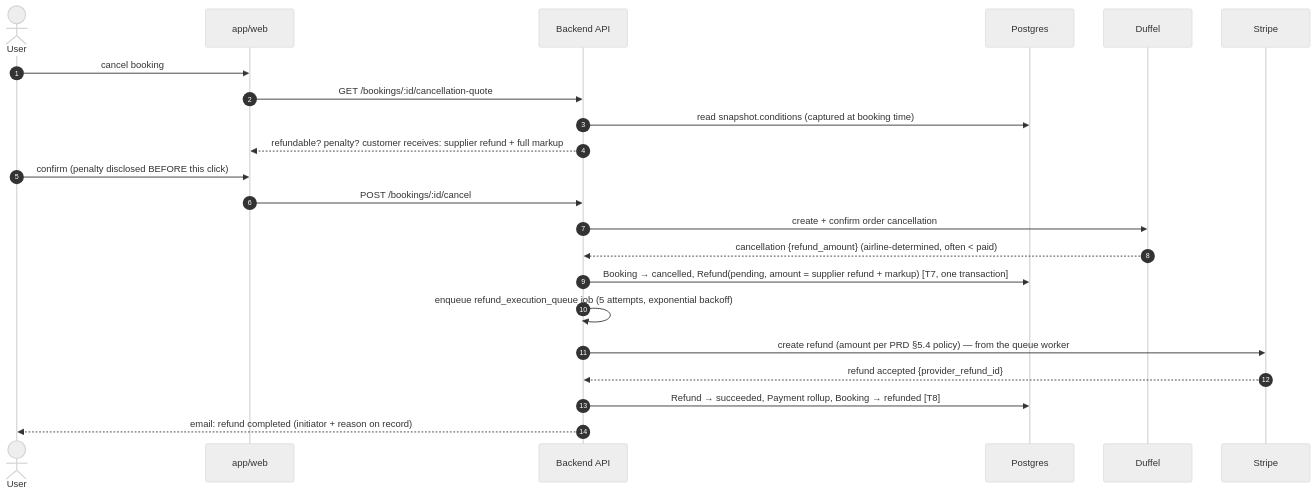
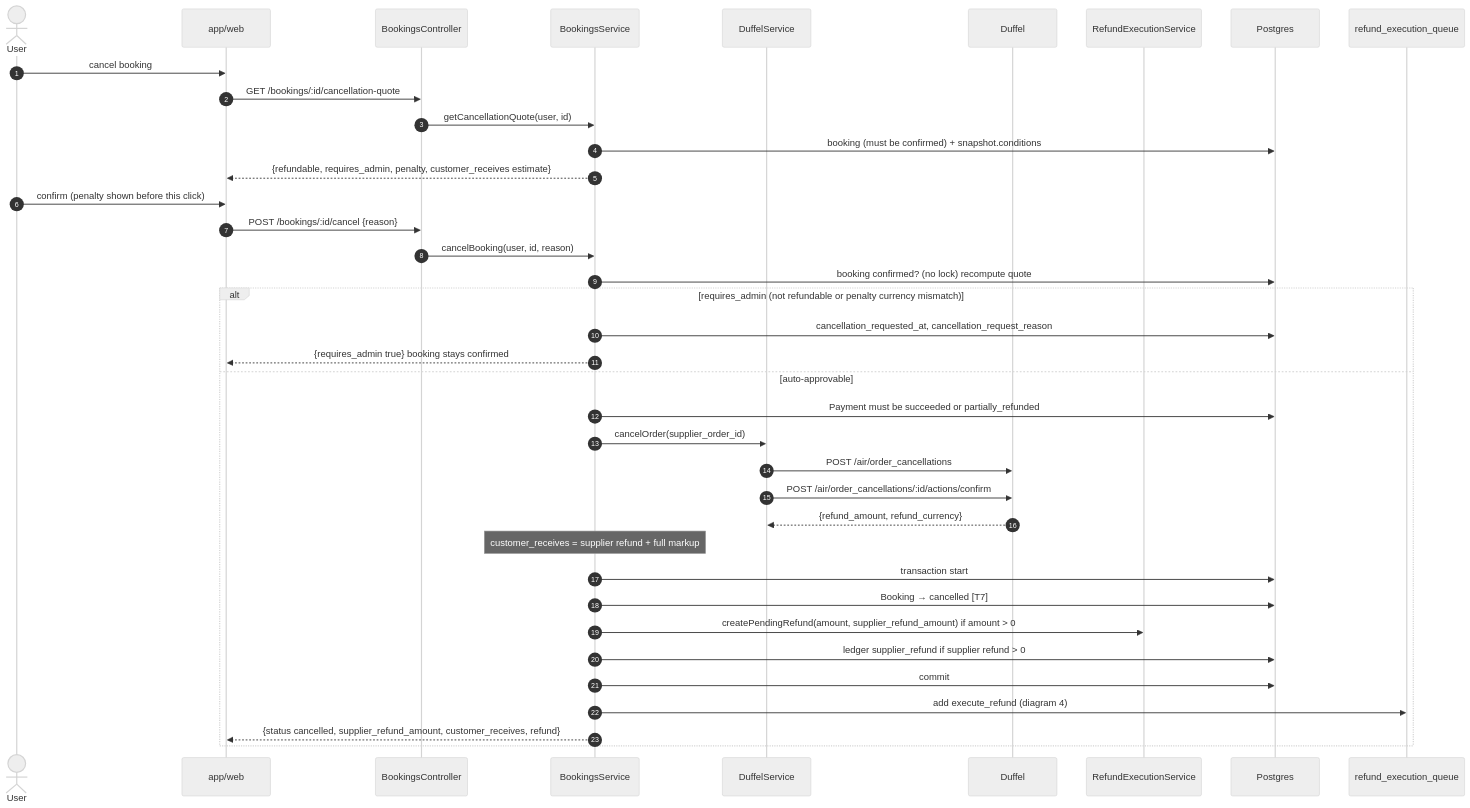
Before and after one commit to Kamel-27/travel-platform: the fifth of 6 diagrams in docs/sequence_diagrams.md, drawn with Mermaid (neutral theme). The commit also changed other lines of this file and 7 other files, not shown here.

````diff
--- a/docs/sequence_diagrams.md
+++ b/docs/sequence_diagrams.md
@@ -144,25 +268,41 @@
 ```mermaid
 sequenceDiagram
     autonumber
     actor U as User
     participant W as app/web
-    participant API as Backend API
+    participant C as BookingsController
+    participant S as BookingsService
+    participant D as DuffelService
+    participant DF as Duffel
+    participant RE as RefundExecutionService
     participant DB as Postgres
-    participant D as Duffel
-    participant S as Stripe
+    participant Q as refund_execution_queue
 
     U->>W: cancel booking
-    W->>API: GET /bookings/:id/cancellation-quote
-    API->>DB: read snapshot.conditions (captured at booking time)
-    API-->>W: refundable? penalty? customer receives: supplier refund + full markup
-    U->>W: confirm (penalty disclosed BEFORE this click)
-    W->>API: POST /bookings/:id/cancel
-    API->>D: create + confirm order cancellation
-    D-->>API: cancellation {refund_amount}  (airline-determined, often < paid)
-    API->>DB: Booking → cancelled, Refund(pending, amount = supplier refund + markup)  [T7, one transaction]
-    API->>API: enqueue refund_execution_queue job (5 attempts, exponential backoff)
-    API->>S: create refund (amount per PRD §5.4 policy) — from the queue worker
-    S-->>API: refund accepted {provider_refund_id}
-    API->>DB: Refund → succeeded, Payment rollup, Booking → refunded  [T8]
-    API-->>U: email: refund completed (initiator + reason on record)
+    W->>C: GET /bookings/:id/cancellation-quote
+    C->>S: getCancellationQuote(user, id)
+    S->>DB: booking (must be confirmed) + snapshot.conditions
+    S-->>W: {refundable, requires_admin, penalty, customer_receives estimate}
+    U->>W: confirm (penalty shown before this click)
+    W->>C: POST /bookings/:id/cancel {reason}
+    C->>S: cancelBooking(user, id, reason)
+    S->>DB: booking confirmed? (no lock) recompute quote
+    alt requires_admin (not refundable or penalty currency mismatch)
+        S->>DB: cancellation_requested_at, cancellation_request_reason
+        S-->>W: {requires_admin true} booking stays confirmed
+    else auto-approvable
+        S->>DB: Payment must be succeeded or partially_refunded
+        S->>D: cancelOrder(supplier_order_id)
+        D->>DF: POST /air/order_cancellations
+        D->>DF: POST /air/order_cancellations/:id/actions/confirm
+        DF-->>D: {refund_amount, refund_currency}
+        Note over S: customer_receives = supplier refund + full markup
+        S->>DB: transaction start
+        S->>DB: Booking → cancelled [T7]
+        S->>RE: createPendingRefund(amount, supplier_refund_amount) if amount > 0
+        S->>DB: ledger supplier_refund if supplier refund > 0
+        S->>DB: commit
+        S->>Q: add execute_refund (diagram 4)
+        S-->>W: {status cancelled, supplier_refund_amount, customer_receives, refund}
+    end
 ```
````
